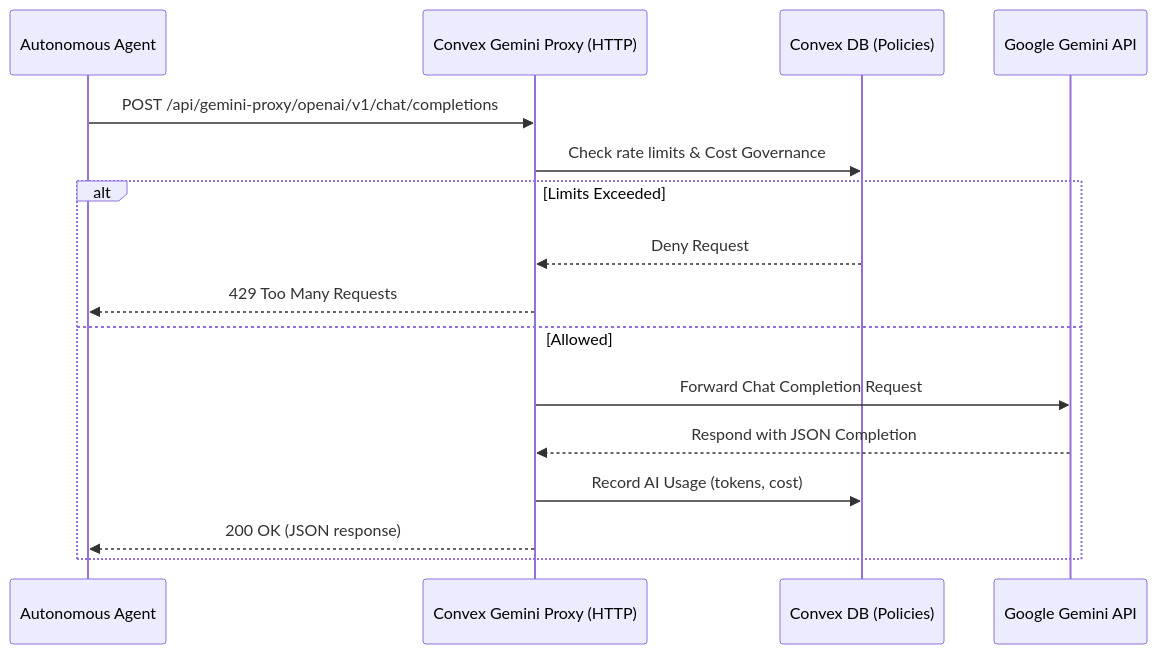
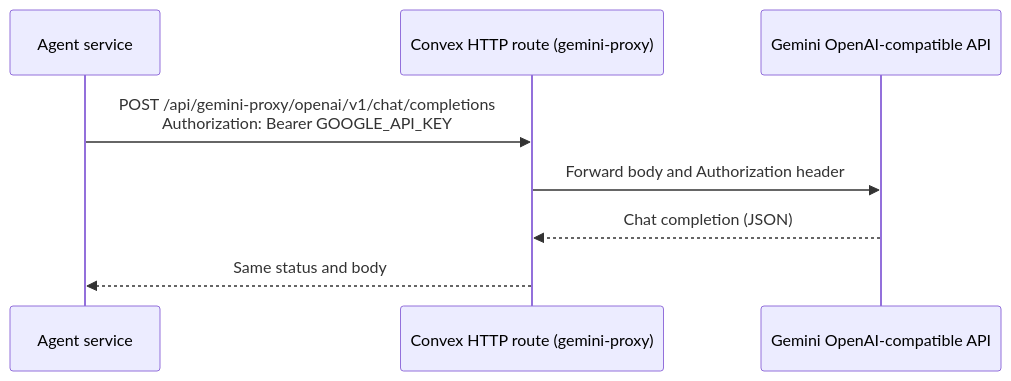
Before and after one commit to mohanreddythippireddy14-cell/CogAIt: the diagram in docs/assets/diagrams/07_api_sequence.md, drawn with Mermaid. The commit also changed other lines of this file and 13 other files, not shown here.

````diff
--- a/docs/assets/diagrams/07_api_sequence.md
+++ b/docs/assets/diagrams/07_api_sequence.md
@@ -3,21 +7,11 @@
 ```mermaid
 sequenceDiagram
-    participant A as Autonomous Agent
-    participant P as Convex Gemini Proxy (HTTP)
-    participant C as Convex DB (Policies)
-    participant G as Google Gemini API
+    participant A as Agent service
+    participant P as Convex HTTP route (gemini-proxy)
+    participant G as Gemini OpenAI-compatible API
 
-    A->>P: POST /api/gemini-proxy/openai/v1/chat/completions
-    P->>C: Check rate limits & Cost Governance
-    
-    alt Limits Exceeded
-        C-->>P: Deny Request
-        P-->>A: 429 Too Many Requests
-    else Allowed
-        P->>G: Forward Chat Completion Request
-        G-->>P: Respond with JSON Completion
-        
-        P->>C: Record AI Usage (tokens, cost)
-        P-->>A: 200 OK (JSON response)
-    end
+    A->>P: POST /api/gemini-proxy/openai/v1/chat/completions<br/>Authorization: Bearer GOOGLE_API_KEY
+    P->>G: Forward body and Authorization header
+    G-->>P: Chat completion (JSON)
+    P-->>A: Same status and body
 ```
````
